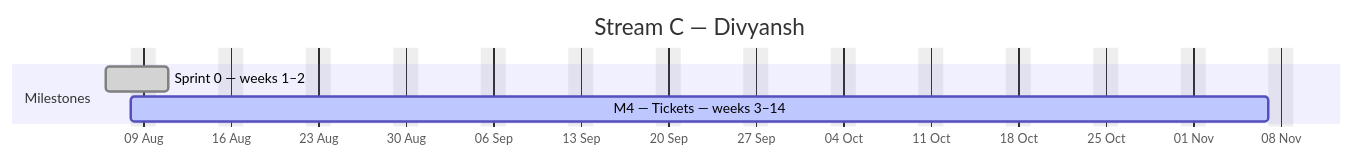
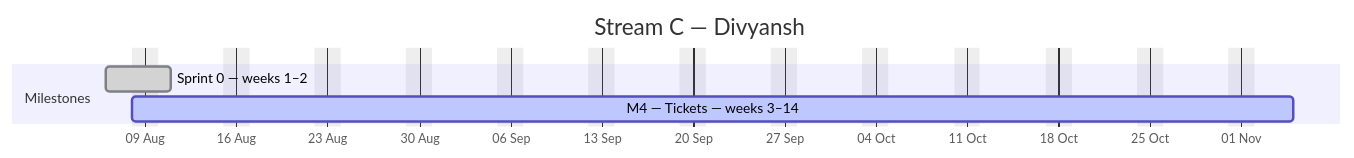
Before and after one commit to debashisedunext/EduTrack: the third of 4 diagrams in docs/plan/GANTT.md, drawn with Mermaid. The commit also changed other lines of this file and 3 other files, not shown here.

````diff
--- a/docs/plan/GANTT.md
+++ b/docs/plan/GANTT.md
@@ -145,10 +145,10 @@
 ```mermaid
 gantt
     dateFormat YYYY-MM-DD
     axisFormat %d %b
     title Stream C — Divyansh
     excludes weekends
     section Milestones
     Sprint 0 — weeks 1–2 :done, c0, 2026-08-06, 3d
-    M4 — Tickets — weeks 3–14 :active, c1, 2026-08-08, 66d
+    M4 — Tickets — weeks 3–14 :active, c1, 2026-08-08, 64d
 ```
````
